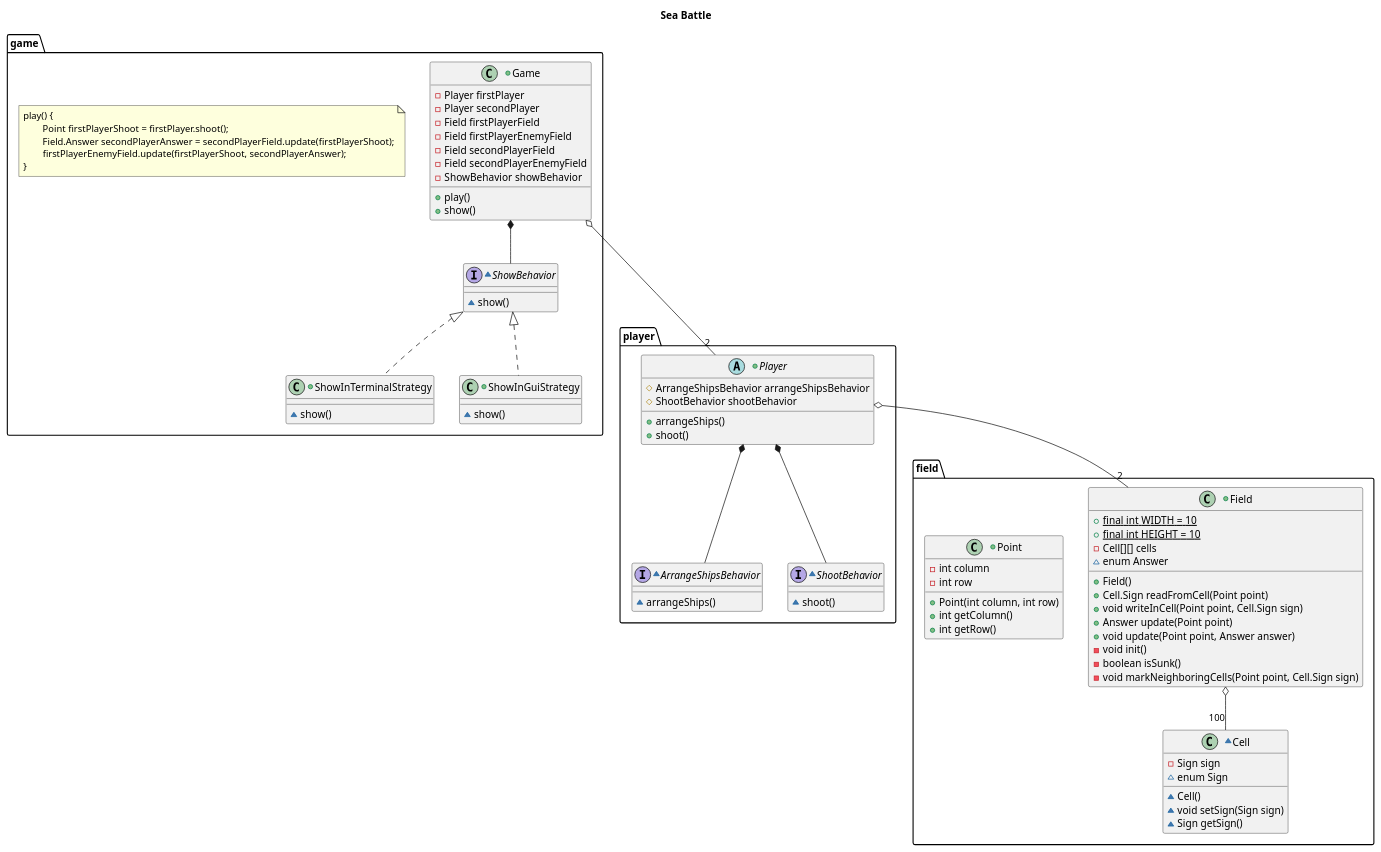
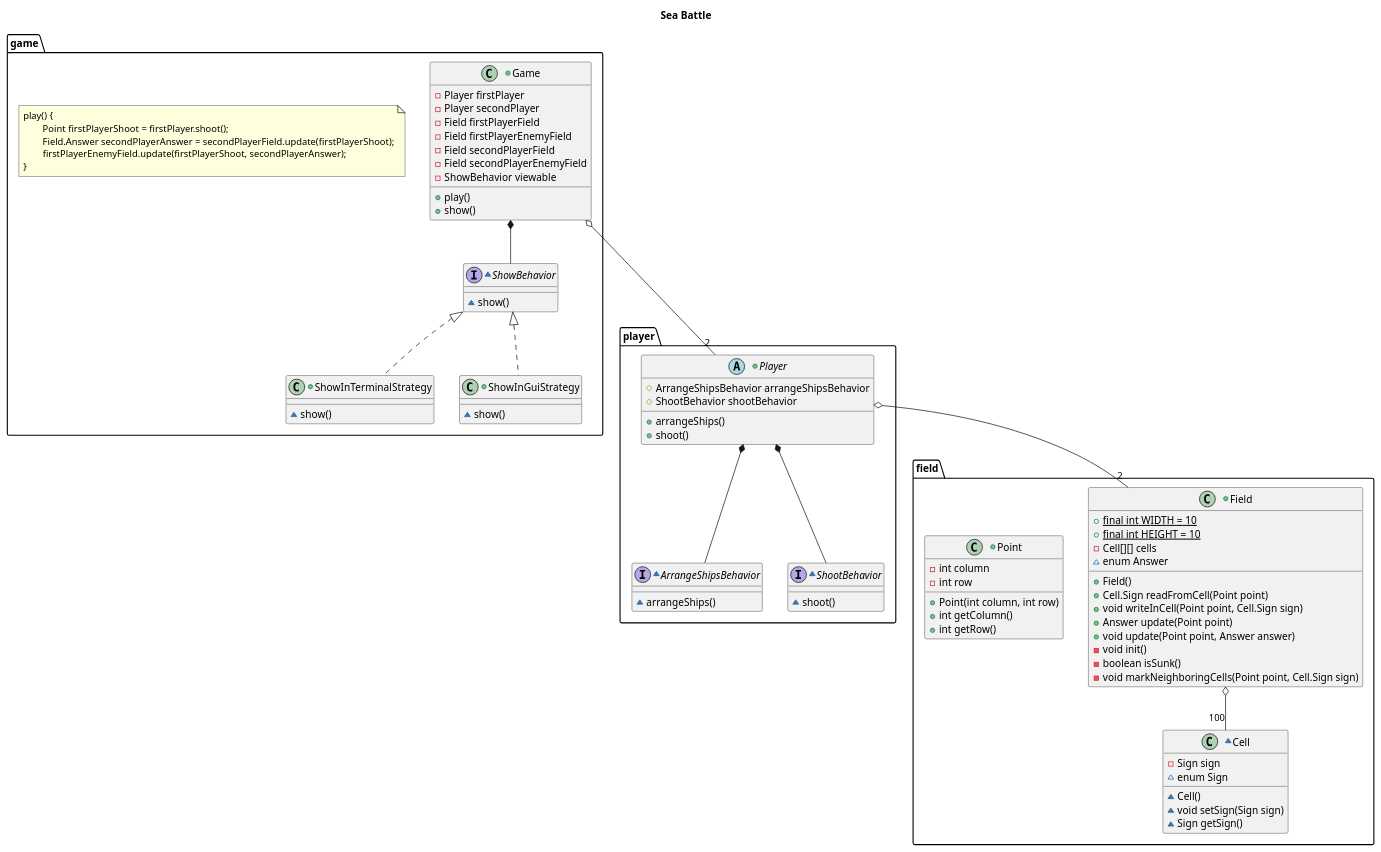
Before and after one commit to pankkratt/sea_battle_tdd: the diagram in target.puml, drawn with PlantUML. The commit also changed 12 other files, not shown here.

```diff
--- a/target.puml
+++ b/target.puml
@@ -1,103 +1,103 @@
 @startuml
 
 title Sea Battle
 
 package game {
 +class Game {
     -Player firstPlayer
     -Player secondPlayer
     -Field firstPlayerField
     -Field firstPlayerEnemyField
     -Field secondPlayerField
     -Field secondPlayerEnemyField
-    -ShowBehavior showBehavior
+    -ShowBehavior viewable
 
     +play()
     +show()
 }
 
 ~interface ShowBehavior {
     ~show()
 }
 
 +class ShowInTerminalStrategy implements ShowBehavior {
     ~show()
 }
 
 +class ShowInGuiStrategy implements ShowBehavior {
     ~show()
 }
 
 Game *-- ShowBehavior
 note "play() {\n\t\
 Point firstPlayerShoot = firstPlayer.shoot();\n\t\
 Field.Answer secondPlayerAnswer = secondPlayerField.update(firstPlayerShoot);\n\t\
 firstPlayerEnemyField.update(firstPlayerShoot, secondPlayerAnswer);\n\
 }" as N1
 }
 
 package player {
 +abstract class Player {
     #ArrangeShipsBehavior arrangeShipsBehavior
     #ShootBehavior shootBehavior
 
     +arrangeShips()
     +shoot()
 }
 
 ~interface ArrangeShipsBehavior {
     ~arrangeShips()
 }
 
 ~interface ShootBehavior {
     ~shoot()
 }
 
 Player *-- ArrangeShipsBehavior
 Player *-- ShootBehavior
 }
 
 package field {
 
 +class Field {
 
     +{static}final int WIDTH = 10
     +{static}final int HEIGHT = 10
     -Cell[][] cells
     ~enum Answer
 
     +Field()
     +Cell.Sign readFromCell(Point point)
     +void writeInCell(Point point, Cell.Sign sign)
     +Answer update(Point point)
     +void update(Point point, Answer answer)
     -void init()
     -boolean isSunk()
     -void markNeighboringCells(Point point, Cell.Sign sign)
 }
 
 +class Point {
     -int column
     -int row
 
     +Point(int column, int row)
     +int getColumn()
     +int getRow()
 }
 
 ~class Cell {
     -Sign sign
     ~enum Sign
 
     ~Cell()
     ~void setSign(Sign sign)
     ~Sign getSign()
 }
 
 Field o--"100" Cell
 }
 
 Game o---"2" Player
 Player o--"2" Field
 
 @enduml
```
